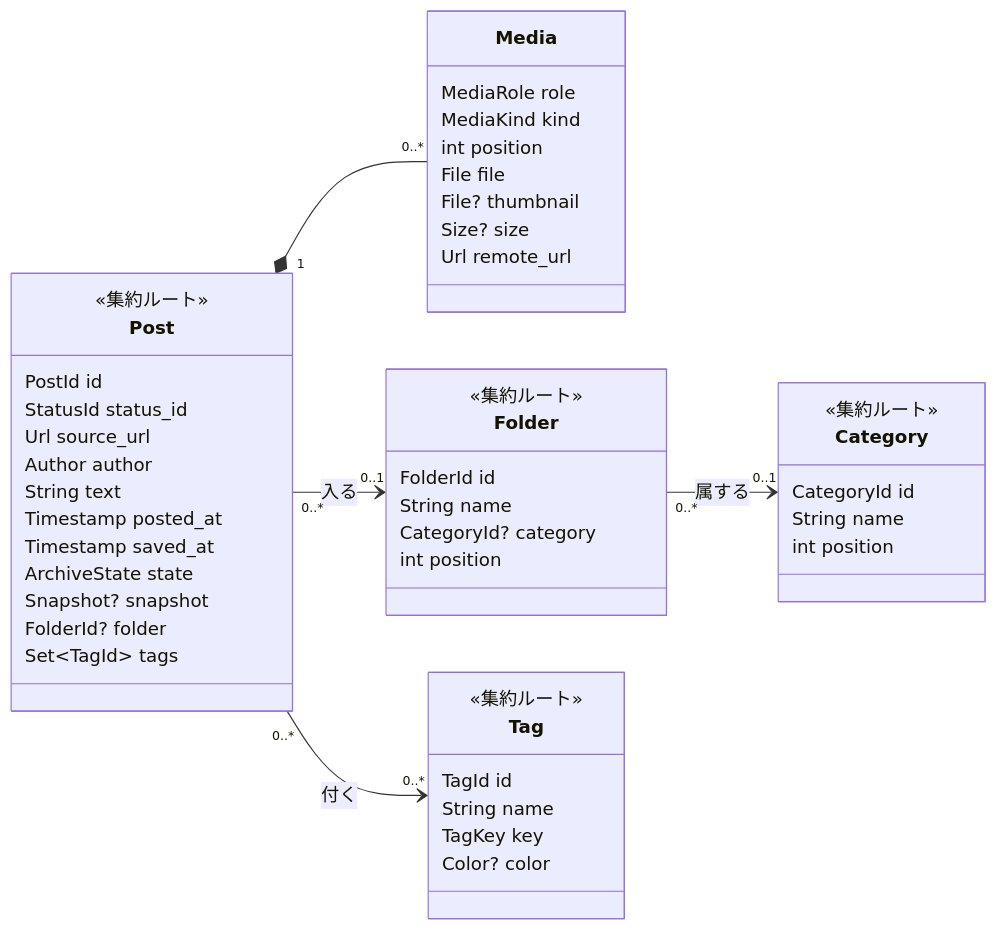
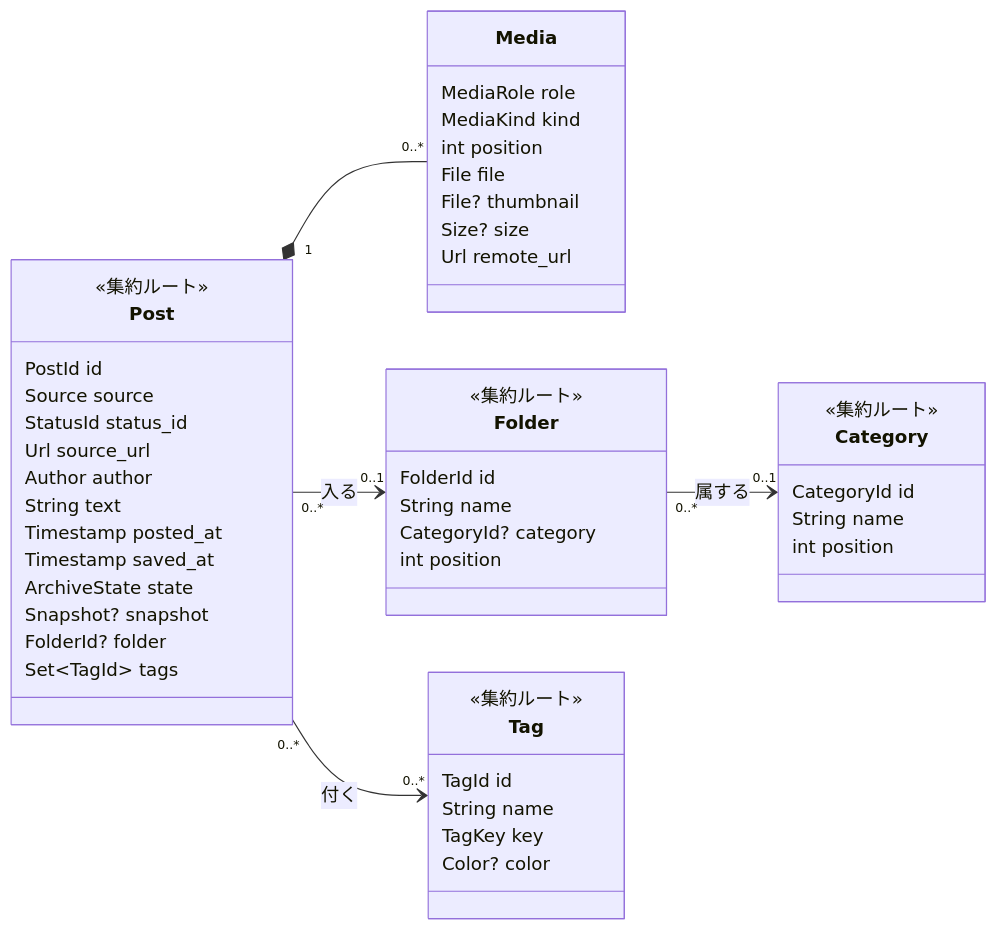
Before and after one commit to kobago/arcman: the first of 2 diagrams in docs/domain-model.md, drawn with Mermaid. The commit also changed other lines of this file and 23 other files, not shown here.

````diff
--- a/docs/domain-model.md
+++ b/docs/domain-model.md
@@ -26,51 +27,52 @@
 ```mermaid
 classDiagram
   direction LR
   class Post {
     <<集約ルート>>
     PostId id
+    Source source
     StatusId status_id
     Url source_url
     Author author
     String text
     Timestamp posted_at
     Timestamp saved_at
     ArchiveState state
     Snapshot? snapshot
     FolderId? folder
     Set~TagId~ tags
   }
   class Media {
     MediaRole role
     MediaKind kind
     int position
     File file
     File? thumbnail
     Size? size
     Url remote_url
   }
   class Folder {
     <<集約ルート>>
     FolderId id
     String name
     CategoryId? category
     int position
   }
   class Category {
     <<集約ルート>>
     CategoryId id
     String name
     int position
   }
   class Tag {
     <<集約ルート>>
     TagId id
     String name
     TagKey key
     Color? color
   }
   Post "1" *-- "0..*" Media
   Post "0..*" --> "0..1" Folder : 入る
   Post "0..*" --> "0..*" Tag : 付く
   Folder "0..*" --> "0..1" Category : 属する
 ```
````
